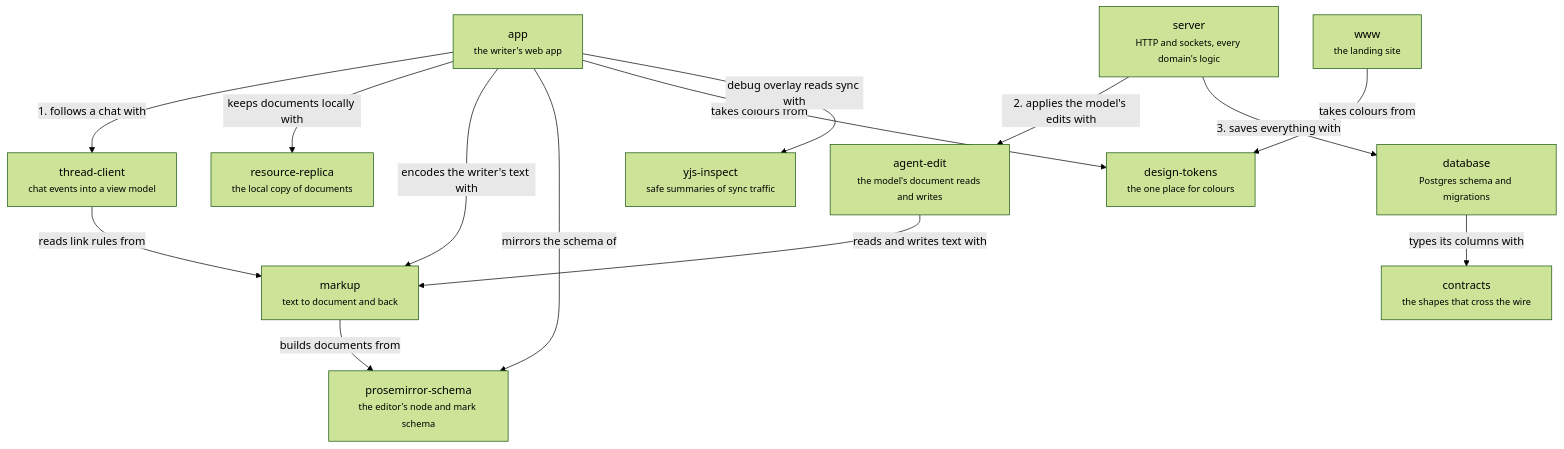
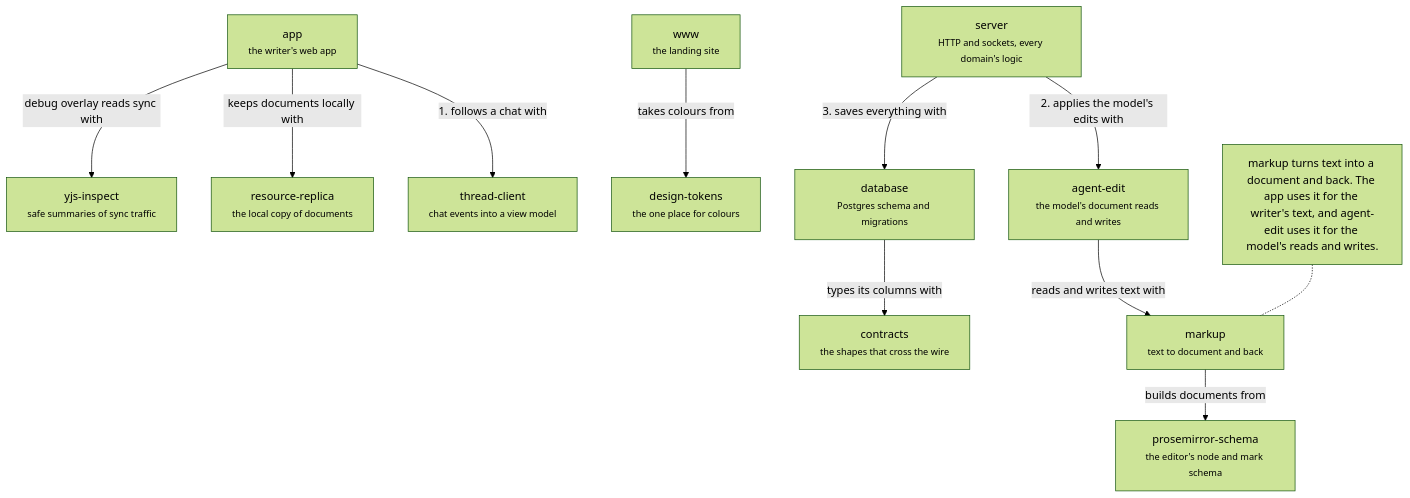
Before and after one commit to haowjy/meridian-flow: the diagram in .context/system-architecture/code.md, drawn with Mermaid (forest theme). The commit also changed 13 other files, not shown here.

````diff
--- a/.context/system-architecture/code.md
+++ b/.context/system-architecture/code.md
@@ -10,28 +10,26 @@
 ```mermaid
 flowchart TB
   app["app<br/><small>the writer's web app</small>"]:::module
   server["server<br/><small>HTTP and sockets, every domain's logic</small>"]:::module
   www["www<br/><small>the landing site</small>"]:::module
   thread-client["thread-client<br/><small>chat events into a view model</small>"]:::package
   resource-replica["resource-replica<br/><small>the local copy of documents</small>"]:::package
   agent-edit["agent-edit<br/><small>the model's document reads and writes</small>"]:::package
   markup["markup<br/><small>text to document and back</small>"]:::package
   prosemirror-schema["prosemirror-schema<br/><small>the editor's node and mark schema</small>"]:::package
   database["database<br/><small>Postgres schema and migrations</small>"]:::package
   contracts["contracts<br/><small>the shapes that cross the wire</small>"]:::package
   design-tokens["design-tokens<br/><small>the one place for colours</small>"]:::package
   yjs-inspect["yjs-inspect<br/><small>safe summaries of sync traffic</small>"]:::package
   app -->|"1. follows a chat with"| thread-client
   app -->|"keeps documents locally with"| resource-replica
-  app -->|"encodes the writer's text with"| markup
   server -->|"2. applies the model's edits with"| agent-edit
   server -->|"3. saves everything with"| database
   agent-edit -->|"reads and writes text with"| markup
-  thread-client -->|"reads link rules from"| markup
   markup -->|"builds documents from"| prosemirror-schema
-  app -->|"mirrors the schema of"| prosemirror-schema
   database -->|"types its columns with"| contracts
-  app -->|"takes colours from"| design-tokens
   www -->|"takes colours from"| design-tokens
   app -->|"debug overlay reads sync with"| yjs-inspect
+  note1["markup turns text into a document and back. The app uses it for the writer's text, and agent-edit uses it for the model's reads and writes."]:::note
+  note1 -.- markup
 ```
````
